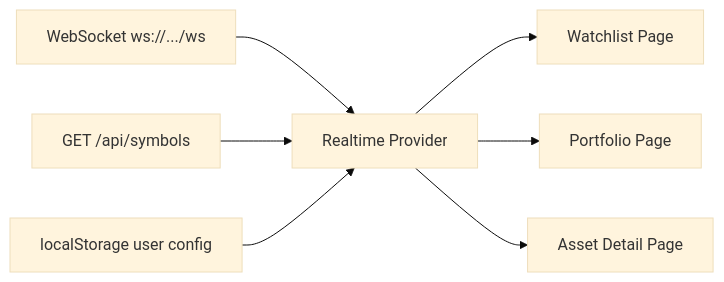
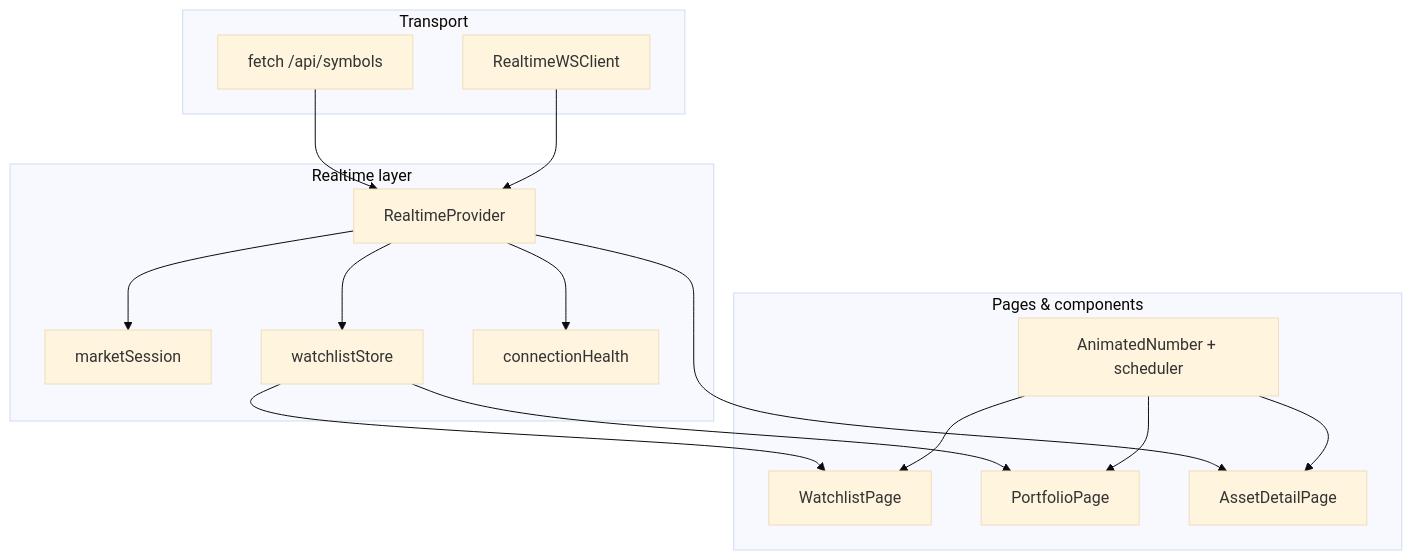
The first of 2 diagrams in README.md (tejasvi-mehra/portfolio-watchlist-frontend), drawn with Mermaid (base theme) before and after one commit. The commit also changed other lines of this file and 5 other files, not shown here.

````diff
--- a/README.md
+++ b/README.md
@@ -14,9 +37,31 @@
 ```mermaid
-flowchart LR
-  A[WebSocket ws://.../ws] --> B[Realtime Provider]
-  C[GET /api/symbols] --> B
-  B --> D[Watchlist Page]
-  B --> E[Portfolio Page]
-  B --> F[Asset Detail Page]
-  G[localStorage user config] --> B
+flowchart TB
+  subgraph Transport
+    WS[RealtimeWSClient]
+    HTTP[fetch /api/symbols]
+  end
+
+  subgraph RealtimeCore["Realtime layer"]
+    RP[RealtimeProvider]
+    MS[marketSession]
+    WH[watchlistStore]
+    CH[connectionHealth]
+  end
+
+  subgraph UI["Pages & components"]
+    WL[WatchlistPage]
+    PF[PortfolioPage]
+    AD[AssetDetailPage]
+    AN[AnimatedNumber + scheduler]
+  end
+
+  HTTP --> RP
+  WS --> RP
+  RP --> MS
+  RP --> WH
+  RP --> CH
+  WH --> WL
+  WH --> PF
+  RP --> AD
+  AN --> WL & PF & AD
 ```
````
